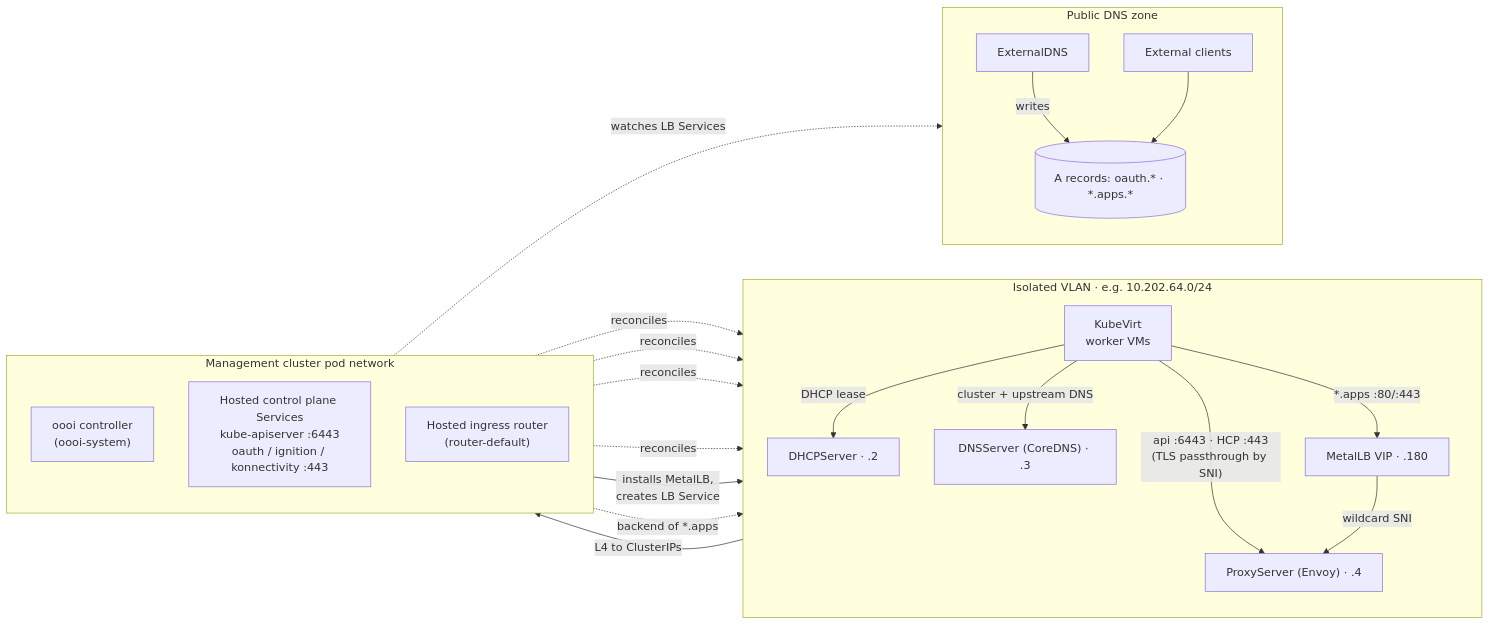
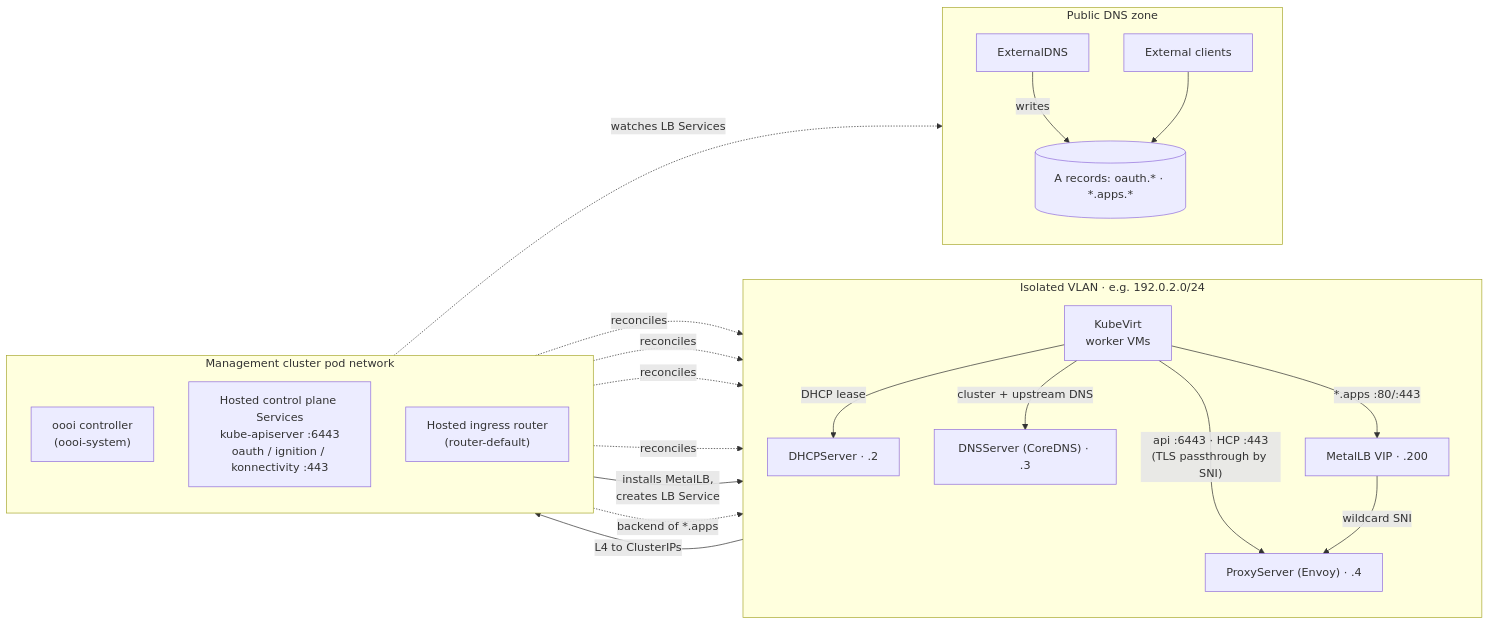
The first of 3 diagrams in website/docs/architecture.md (cldmnky/oooi), drawn with Mermaid before and after one commit. The commit also changed other lines of this file and 17 other files, not shown here.

````diff
--- a/website/docs/architecture.md
+++ b/website/docs/architecture.md
@@ -25,35 +25,35 @@
 ```mermaid
 flowchart LR
-    subgraph vlan["Isolated VLAN  ·  e.g. 10.202.64.0/24"]
+    subgraph vlan["Isolated VLAN  ·  e.g. 192.0.2.0/24"]
         direction TB
         W["KubeVirt<br/>worker VMs"]
         DHCP["DHCPServer · .2"]
         DNS["DNSServer (CoreDNS) · .3"]
         PRX["ProxyServer (Envoy) · .4"]
-        VIP["MetalLB VIP · .180"]
+        VIP["MetalLB VIP · .200"]
         W -->|DHCP lease| DHCP
         W -->|cluster + upstream DNS| DNS
         W -->|"api :6443 · HCP :443<br/>(TLS passthrough by SNI)"| PRX
         W -->|"*.apps :80/:443"| VIP
         VIP -->|wildcard SNI| PRX
     end
     subgraph mgmt["Management cluster pod network"]
         direction TB
         OPS["oooi controller<br/>(oooi-system)"]
         HCP["Hosted control plane Services<br/>kube-apiserver :6443<br/>oauth / ignition / konnectivity :443"]
         ING["Hosted ingress router<br/>(router-default)"]
     end
     subgraph pub["Public DNS zone"]
         direction TB
         EDNS["ExternalDNS"]
         ZONE[("A records: oauth.* · *.apps.*")]
         CLI["External clients"]
         EDNS -->|writes| ZONE
         CLI --> ZONE
     end
     OPS -.->|reconciles| W & DHCP & DNS & PRX
     OPS -->|"installs MetalLB,<br/>creates LB Service"| VIP
     PRX -->|L4 to ClusterIPs| HCP
     ING -.->|backend of *.apps| VIP
     OPS -.->|watches LB Services| EDNS
 ```
````
